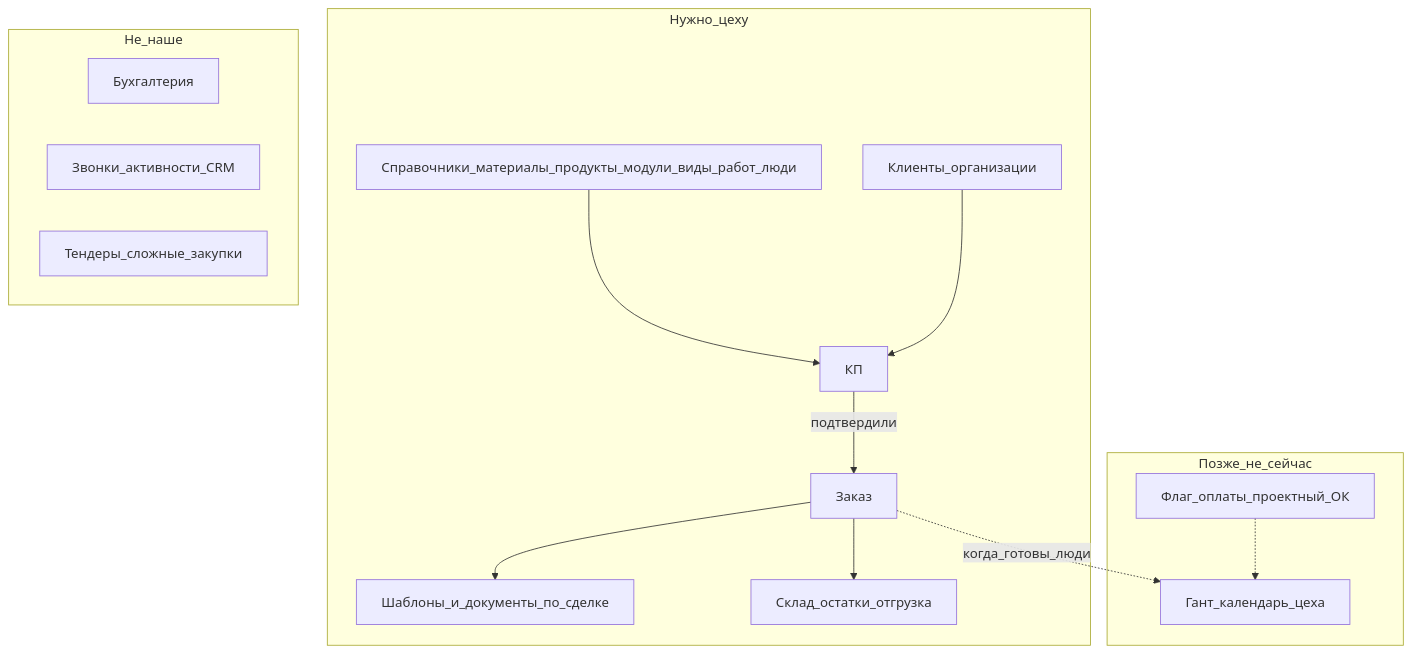
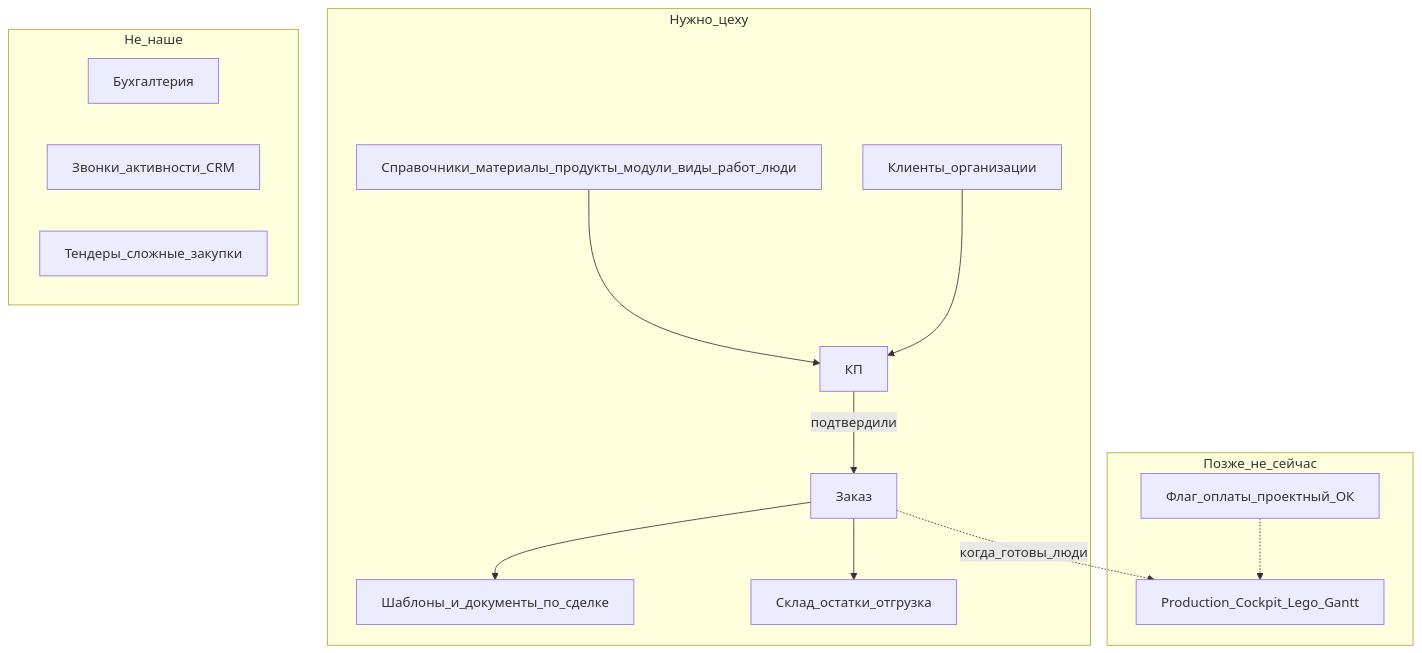
One commit to gostreetogle-create/kppdf-8.0 changed the first of 2 diagrams in docs/product-vision-lite.md. Above: the diagram before and after it, drawn with Mermaid. The commit also changed other lines of this file and 11 other files, not shown here.

First line of the commit message:
docs(production): Lego Production Cockpit canon and 303 first-block TZ

````diff
--- a/docs/product-vision-lite.md
+++ b/docs/product-vision-lite.md
@@ -20,27 +20,27 @@
 ```mermaid
 flowchart TB
   subgraph need [Нужно_цеху]
     Sprav[Справочники_материалы_продукты_модули_виды_работ_люди]
     Clients[Клиенты_организации]
     KP[КП]
     Order[Заказ]
     Docs[Шаблоны_и_документы_по_сделке]
     Stock[Склад_остатки_отгрузка]
   end
   subgraph later [Позже_не_сейчас]
-    Gant[Гант_календарь_цеха]
+    Gant[Production_Cockpit_Lego_Gantt]
     PayFlag[Флаг_оплаты_проектный_ОК]
   end
   subgraph out [Не_наше]
     Acc[Бухгалтерия]
     CRM[Звонки_активности_CRM]
     Tender[Тендеры_сложные_закупки]
   end
   Sprav --> KP
   Clients --> KP
   KP -->|подтвердили| Order
   Order --> Docs
   Order --> Stock
   Order -.->|когда_готовы_люди| Gant
   PayFlag -.-> Gant
 ```
````
